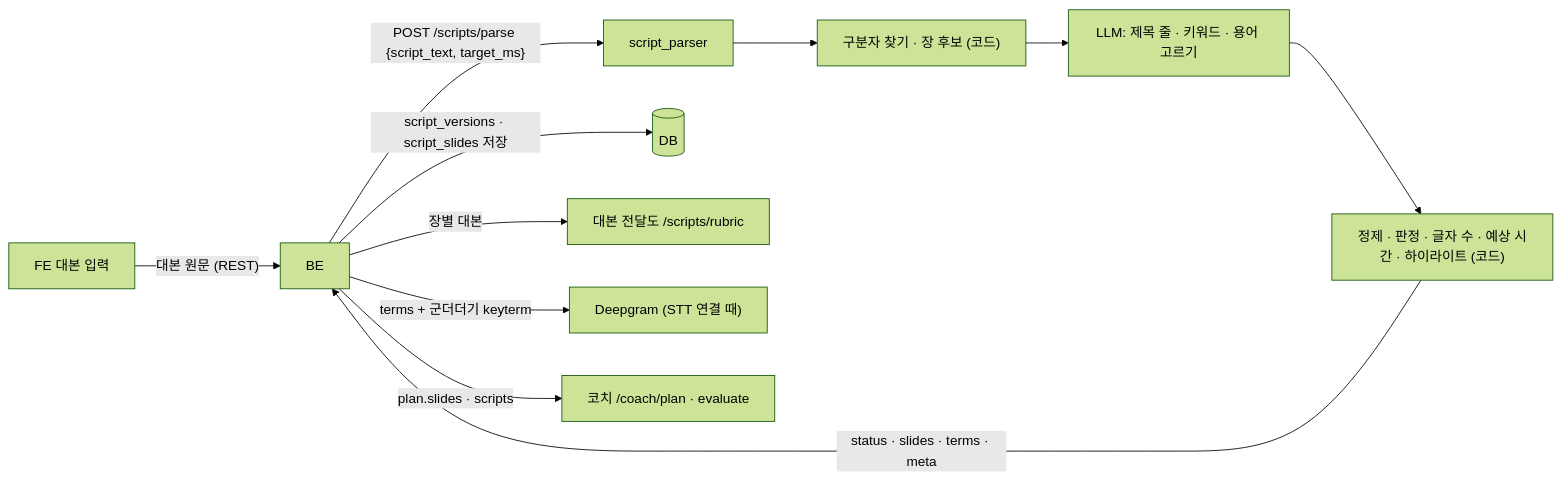
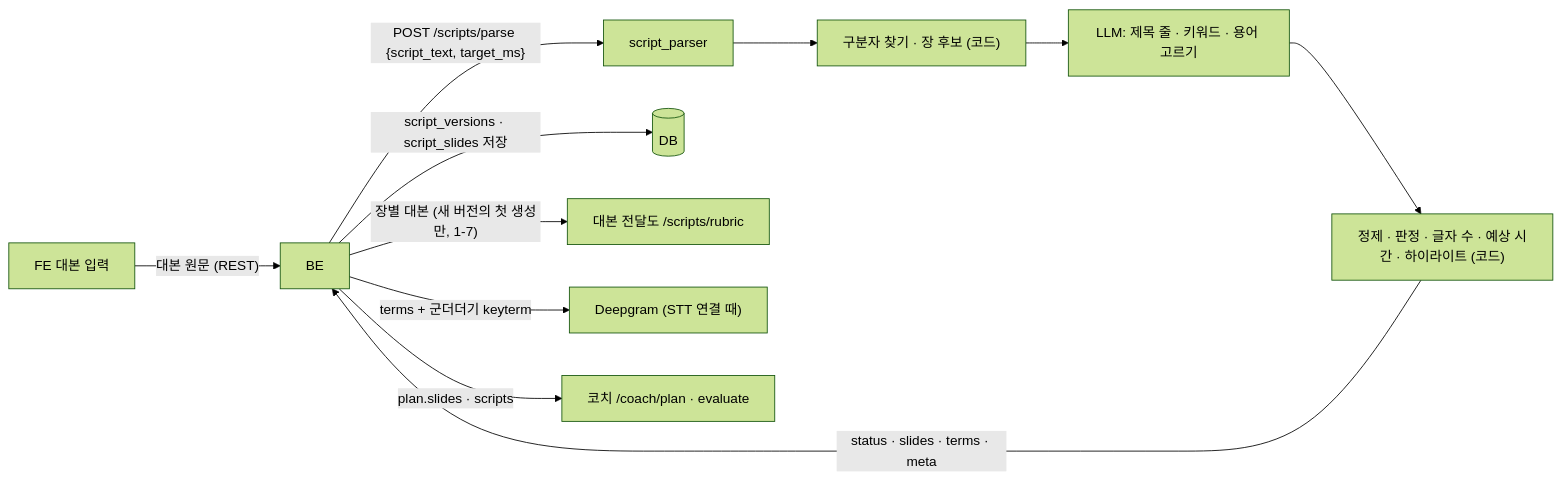
The first of 2 diagrams in docs/ai/features/script-parser.md (kakaotechcampus-4/ktc4-pusan-2), drawn with Mermaid (forest theme) before and after one commit. The commit also changed other lines of this file, not shown here.

Commit message:
docs(ai): script-parser 3 · 12절에 rubric 부르는 조건 — 새 버전 첫 생성만, 다시 파싱한 결과가 다르면 적용 · 호출 안 함 (architecture 1-6 · 1-7, #589)

````diff
--- a/docs/ai/features/script-parser.md
+++ b/docs/ai/features/script-parser.md
@@ -50,13 +50,13 @@
 ```mermaid
 flowchart LR
   FE["FE 대본 입력"] -- "대본 원문 (REST)" --> BE
   BE -- "POST /scripts/parse {script_text, target_ms}" --> P["script_parser"]
   P --> S1["구분자 찾기 · 장 후보 (코드)"]
   S1 --> L["LLM: 제목 줄 · 키워드 · 용어 고르기"]
   L --> S2["정제 · 판정 · 글자 수 · 예상 시간 · 하이라이트 (코드)"]
   S2 -- "status · slides · terms · meta" --> BE
   BE -- "script_versions · script_slides 저장" --> DB[(DB)]
-  BE -- "장별 대본" --> R["대본 전달도 /scripts/rubric"]
+  BE -- "장별 대본 (새 버전의 첫 생성만, 1-7)" --> R["대본 전달도 /scripts/rubric"]
   BE -- "terms + 군더더기 keyterm" --> DG["Deepgram (STT 연결 때)"]
   BE -- "plan.slides · scripts" --> C["코치 /coach/plan · evaluate"]
 ```
````
